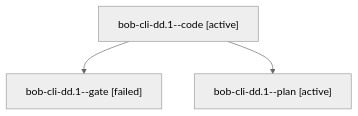
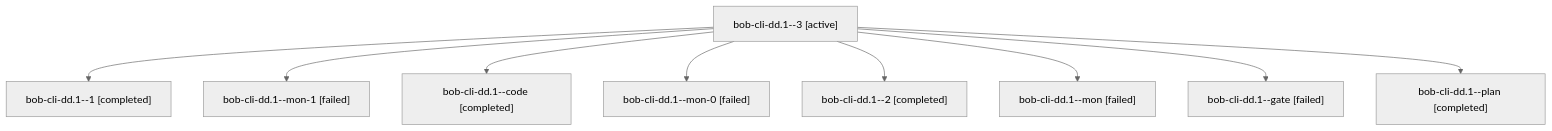
Before and after one commit to bobs-org/bob-cli--agents: the diagram in sessions/bbugyi200.athena.bob-cli-dd.1.md, drawn with Mermaid (neutral theme). The commit also changed other lines of this file and 57 other files, not shown here.

````diff
--- a/sessions/bbugyi200.athena.bob-cli-dd.1.md
+++ b/sessions/bbugyi200.athena.bob-cli-dd.1.md
@@ -9,8 +9,20 @@
 ```mermaid
 flowchart TD
-  n0["bob-cli-dd.1--code [active]"]
-  n1["bob-cli-dd.1--gate [failed]"]
+  n0["bob-cli-dd.1--3 [active]"]
+  n1["bob-cli-dd.1--1 [completed]"]
   n0 --> n1
-  n2["bob-cli-dd.1--plan [active]"]
+  n2["bob-cli-dd.1--mon-1 [failed]"]
   n0 --> n2
+  n3["bob-cli-dd.1--code [completed]"]
+  n0 --> n3
+  n4["bob-cli-dd.1--mon-0 [failed]"]
+  n0 --> n4
+  n5["bob-cli-dd.1--2 [completed]"]
+  n0 --> n5
+  n6["bob-cli-dd.1--mon [failed]"]
+  n0 --> n6
+  n7["bob-cli-dd.1--gate [failed]"]
+  n0 --> n7
+  n8["bob-cli-dd.1--plan [completed]"]
+  n0 --> n8
 ```
````
